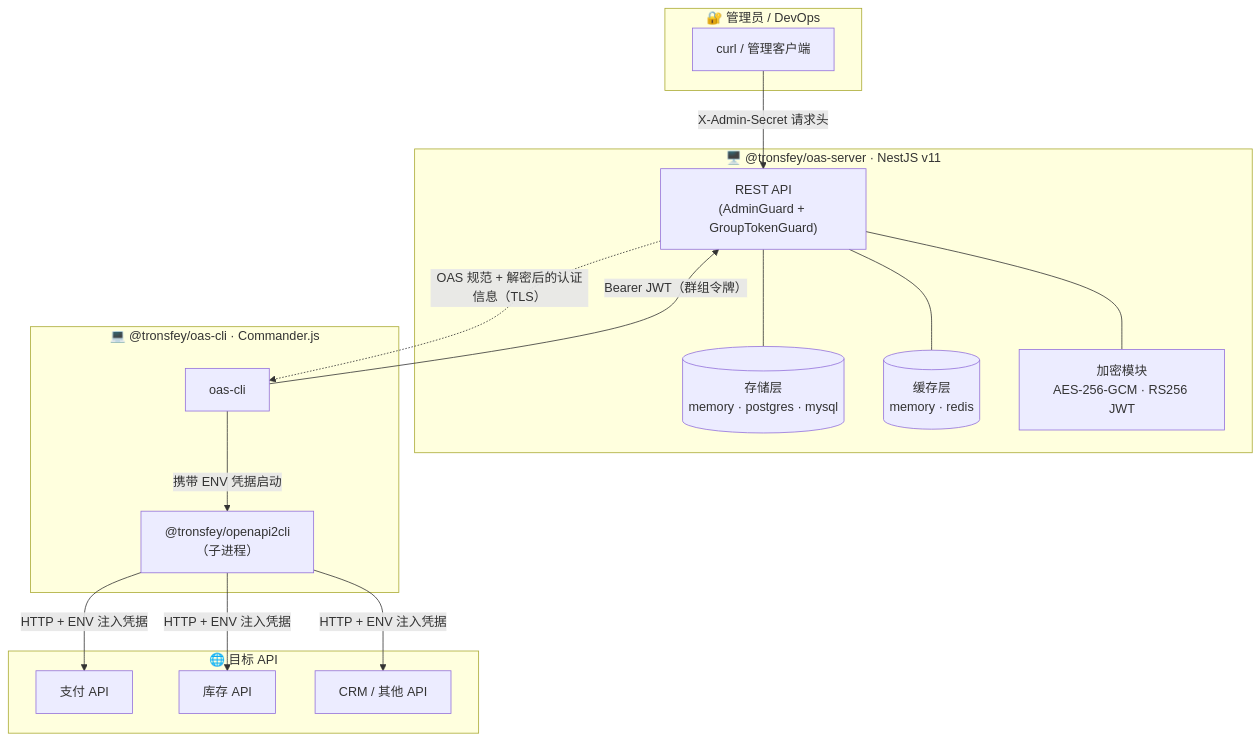
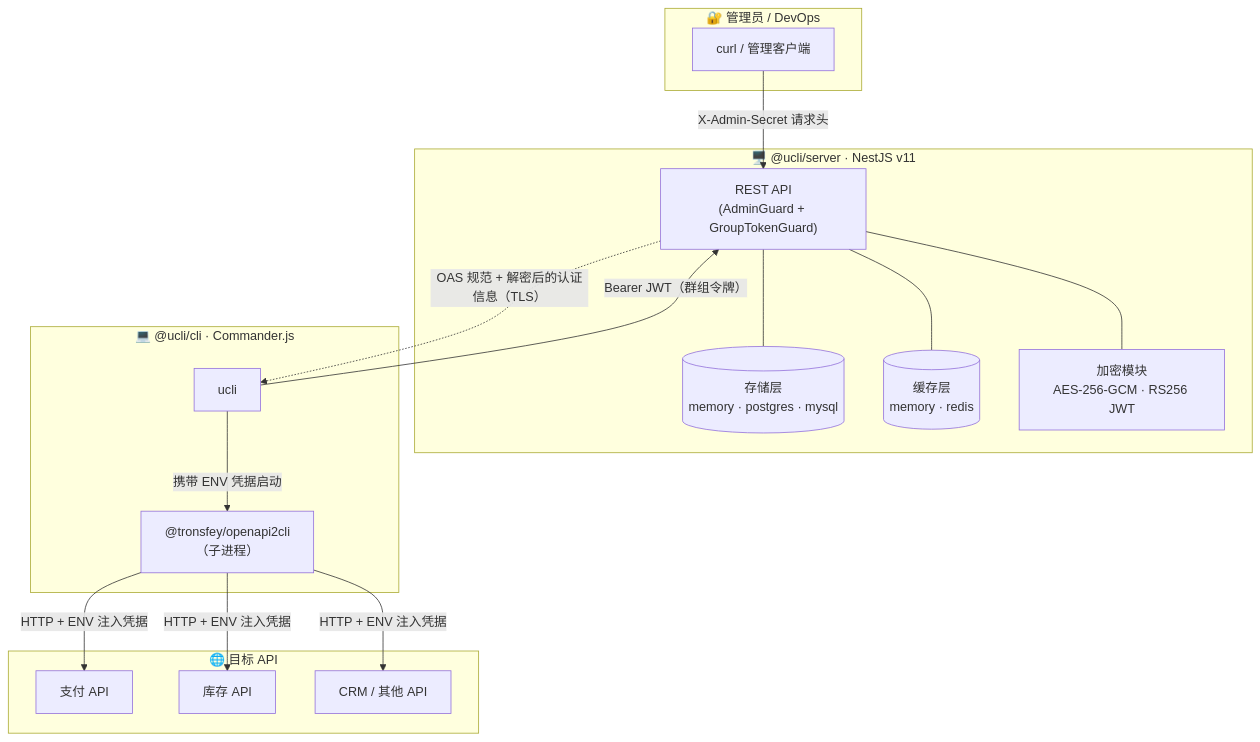
One commit to tronsfey928/ucli changed the first of 2 diagrams in README.zh.md. Above: the diagram before and after it, drawn with Mermaid. The commit also changed other lines of this file and 44 other files, not shown here.

````diff
--- a/README.zh.md
+++ b/README.zh.md
@@ -25,35 +25,35 @@
 ```mermaid
 graph TB
     subgraph Admin["🔐 管理员 / DevOps"]
         ADM[curl / 管理客户端]
     end
 
-    subgraph Server["🖥️  @tronsfey/oas-server  ·  NestJS v11"]
+    subgraph Server["🖥️  @ucli/server  ·  NestJS v11"]
         SVC["REST API\n(AdminGuard + GroupTokenGuard)"]
         ST[("存储层\nmemory · postgres · mysql")]
         CA[("缓存层\nmemory · redis")]
         CR["加密模块\nAES-256-GCM · RS256 JWT"]
         SVC --- ST
         SVC --- CA
         SVC --- CR
     end
 
-    subgraph Client["💻  @tronsfey/oas-cli  ·  Commander.js"]
-        CLI[oas-cli]
+    subgraph Client["💻  @ucli/cli  ·  Commander.js"]
+        CLI[ucli]
         O2C["@tronsfey/openapi2cli\n（子进程）"]
         CLI -->|"携带 ENV 凭据启动"| O2C
     end
 
     subgraph APIs["🌐 目标 API"]
         A1[支付 API]
         A2[库存 API]
         A3["CRM / 其他 API"]
     end
 
     ADM -->|"X-Admin-Secret 请求头"| SVC
     CLI -->|"Bearer JWT（群组令牌）"| SVC
     SVC -.->|"OAS 规范 + 解密后的认证信息（TLS）"| CLI
     O2C -->|"HTTP + ENV 注入凭据"| A1
     O2C -->|"HTTP + ENV 注入凭据"| A2
     O2C -->|"HTTP + ENV 注入凭据"| A3
 ```
````
